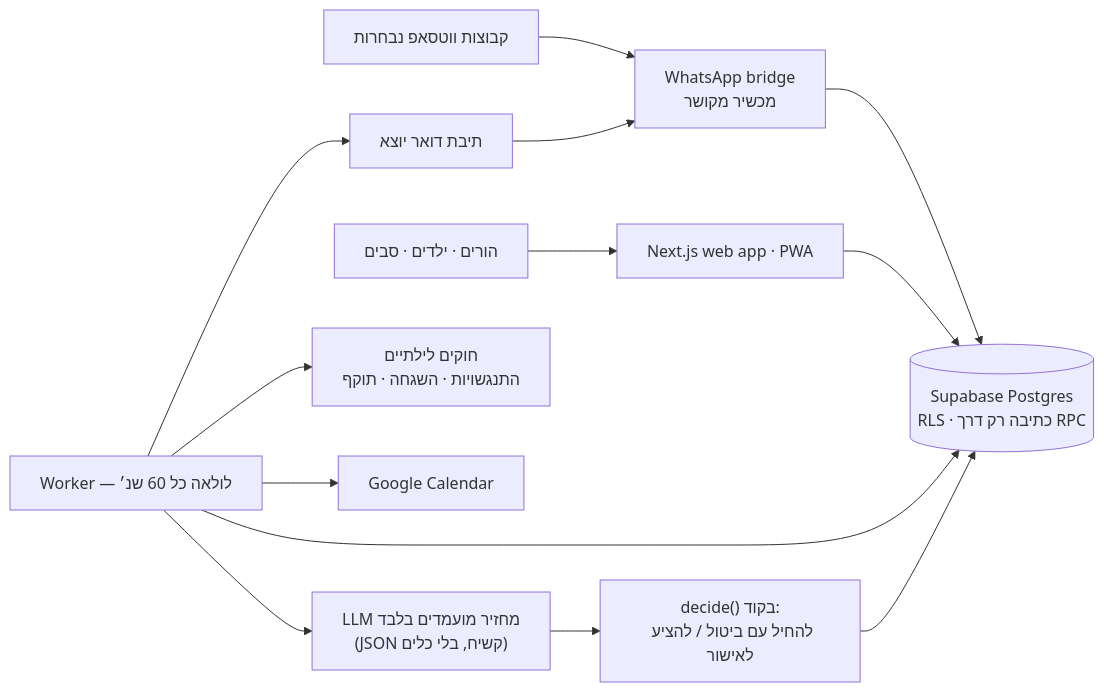
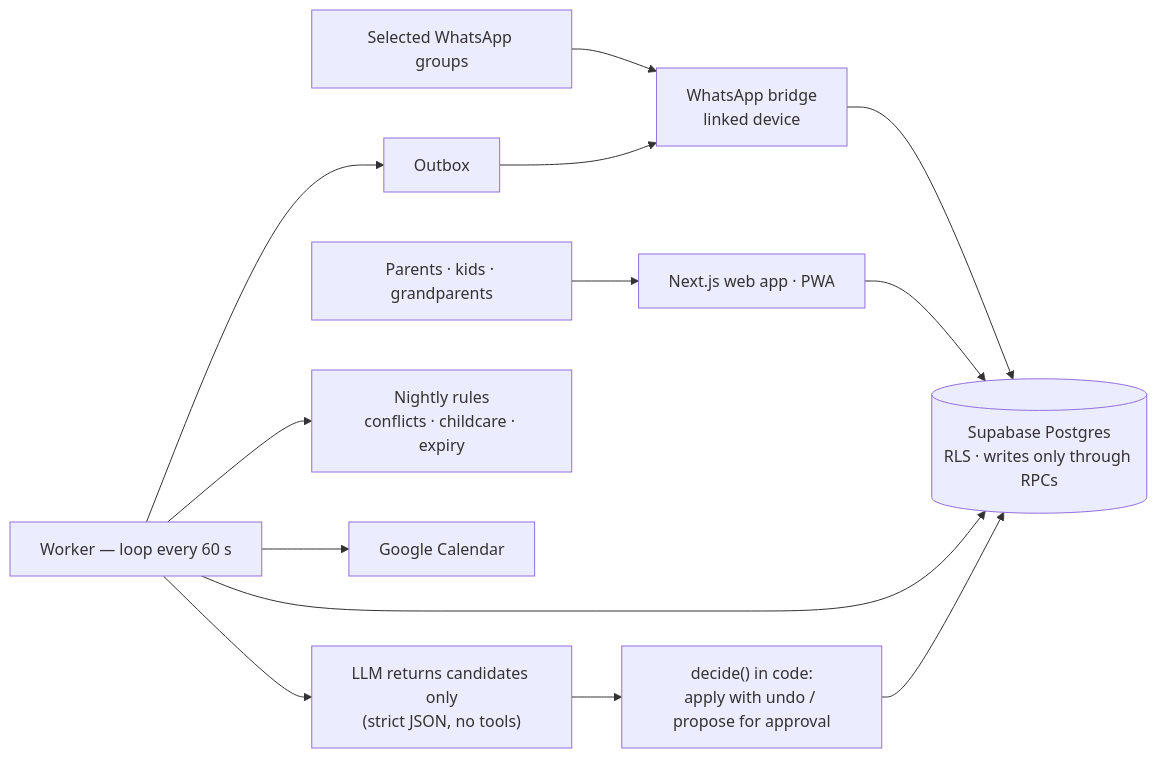
Before and after one commit to danidliod/ai-projects-portfolio: the diagram in projects/03-family-year-planner.md, drawn with Mermaid. The commit also changed other lines of this file and 10 other files, not shown here.

````diff
--- a/projects/03-family-year-planner.md
+++ b/projects/03-family-year-planner.md
@@ -44,14 +44,14 @@
 ```mermaid
 flowchart LR
-  WA[קבוצות ווטסאפ נבחרות] --> BR[WhatsApp bridge<br/>מכשיר מקושר]
-  U[הורים · ילדים · סבים] --> WEB[Next.js web app · PWA]
-  BR --> DB[(Supabase Postgres<br/>RLS · כתיבה רק דרך RPC)]
+  WA[Selected WhatsApp groups] --> BR[WhatsApp bridge<br/>linked device]
+  U[Parents · kids · grandparents] --> WEB[Next.js web app · PWA]
+  BR --> DB[(Supabase Postgres<br/>RLS · writes only through RPCs)]
   WEB --> DB
-  W[Worker — לולאה כל 60 שנ׳] --> DB
-  W --> X["LLM מחזיר מועמדים בלבד<br/>(JSON קשיח, בלי כלים)"]
-  X --> DEC["decide() בקוד:<br/>להחיל עם ביטול / להציע לאישור"]
+  W[Worker — loop every 60 s] --> DB
+  W --> X["LLM returns candidates only<br/>(strict JSON, no tools)"]
+  X --> DEC["decide() in code:<br/>apply with undo / propose for approval"]
   DEC --> DB
-  W --> R[חוקים לילתיים<br/>התנגשויות · השגחה · תוקף]
+  W --> R[Nightly rules<br/>conflicts · childcare · expiry]
   W --> GC[Google Calendar]
-  W --> OUT[תיבת דואר יוצא] --> BR
+  W --> OUT[Outbox] --> BR
 ```
````
